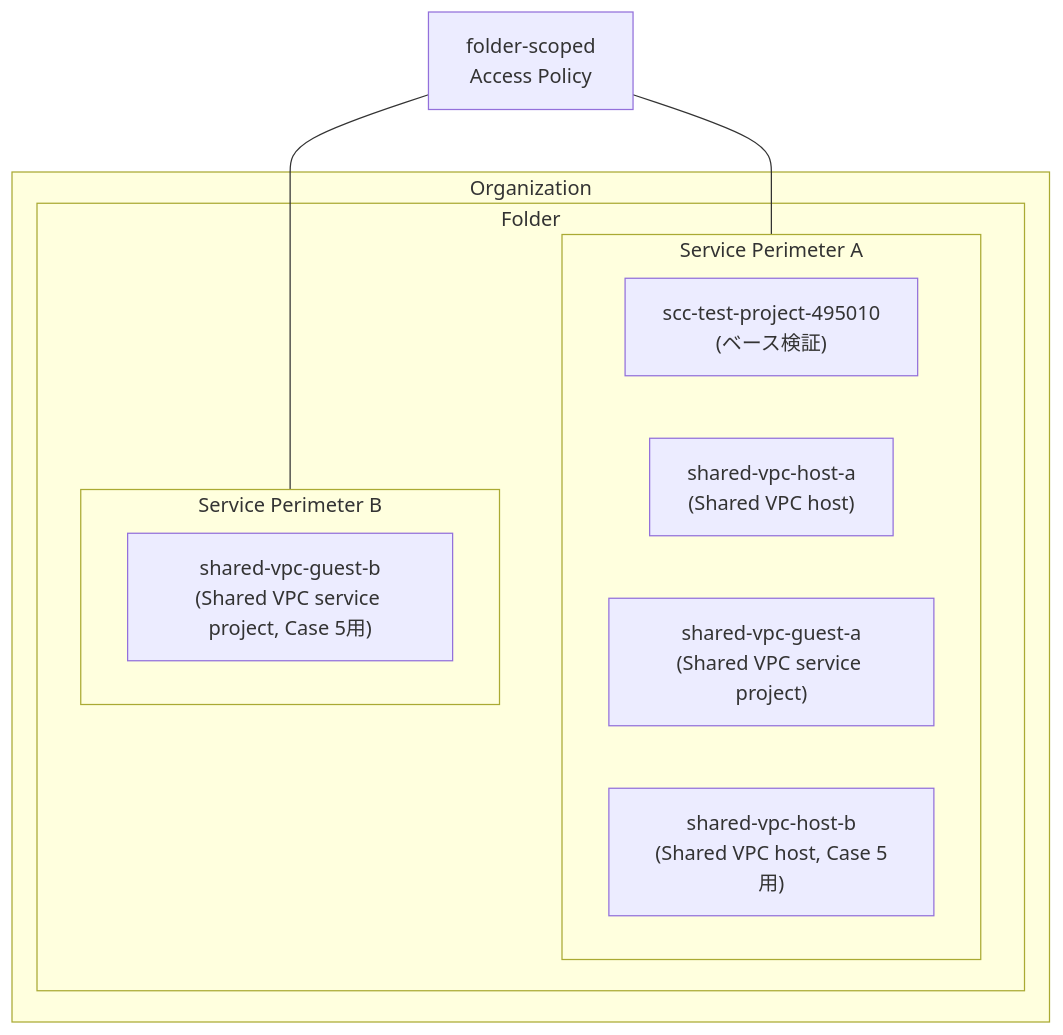
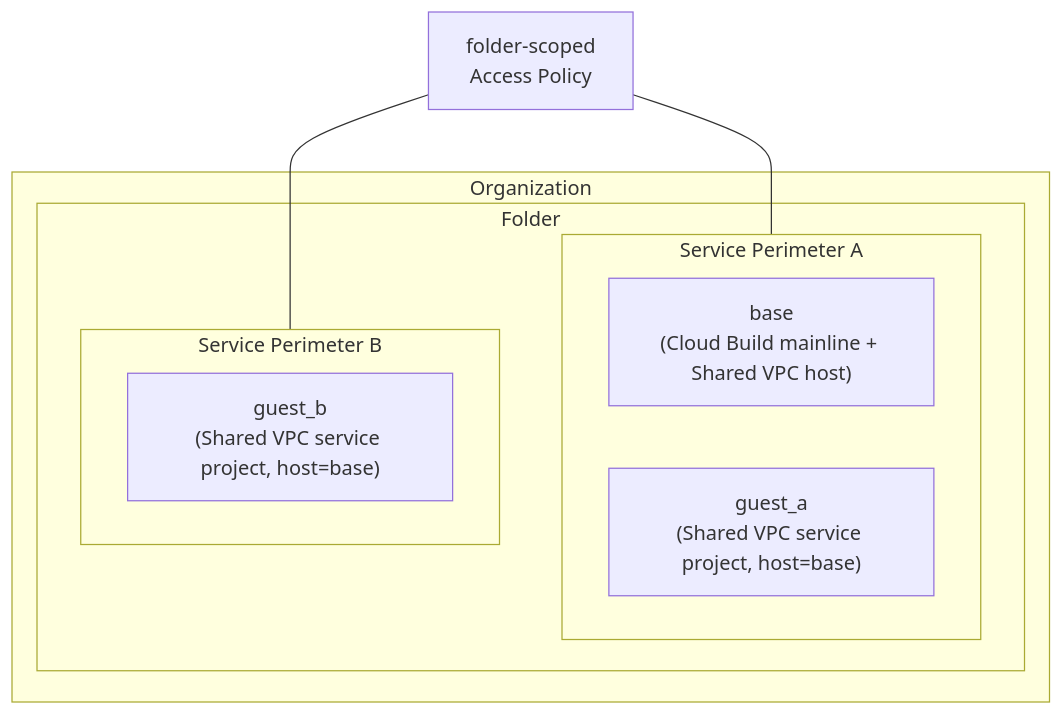
One commit to katonium/articles changed the first of 10 diagrams in samplecodes/cloudbuild-private-pool/README.md. Above: the diagram before and after it, drawn with Mermaid. The commit also changed other lines of this file, not shown here.

First line of the commit message:
:memo: README を 3 project 構成に更新

````diff
--- a/samplecodes/cloudbuild-private-pool/README.md
+++ b/samplecodes/cloudbuild-private-pool/README.md
@@ -25,23 +25,21 @@
 ```mermaid
 flowchart TB
   subgraph Org["Organization"]
     subgraph Folder["Folder"]
 
       subgraph PA["Service Perimeter A"]
-        P0["scc-test-project-495010<br/>(ベース検証)"]
-        P1["shared-vpc-host-a<br/>(Shared VPC host)"]
-        P2["shared-vpc-guest-a<br/>(Shared VPC service project)"]
-        P3["shared-vpc-host-b<br/>(Shared VPC host, Case 5用)"]
+        P0["base<br/>(Cloud Build mainline + Shared VPC host)"]
+        P2["guest_a<br/>(Shared VPC service project, host=base)"]
       end
 
       subgraph PB["Service Perimeter B"]
-        P4["shared-vpc-guest-b<br/>(Shared VPC service project, Case 5用)"]
+        P4["guest_b<br/>(Shared VPC service project, host=base)"]
       end
 
     end
   end
 
   AccessPolicy["folder-scoped<br/>Access Policy"]
   AccessPolicy --- PA
   AccessPolicy --- PB
 ```
````
